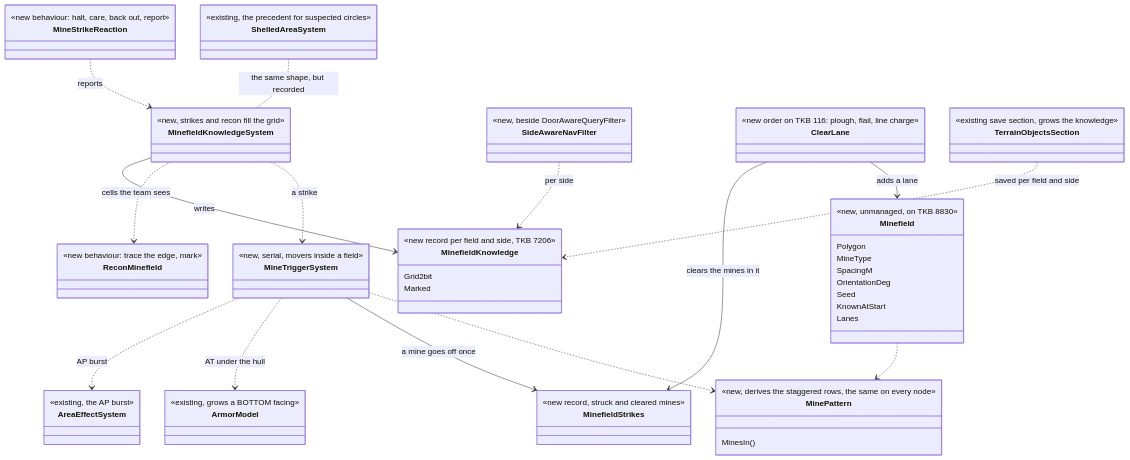
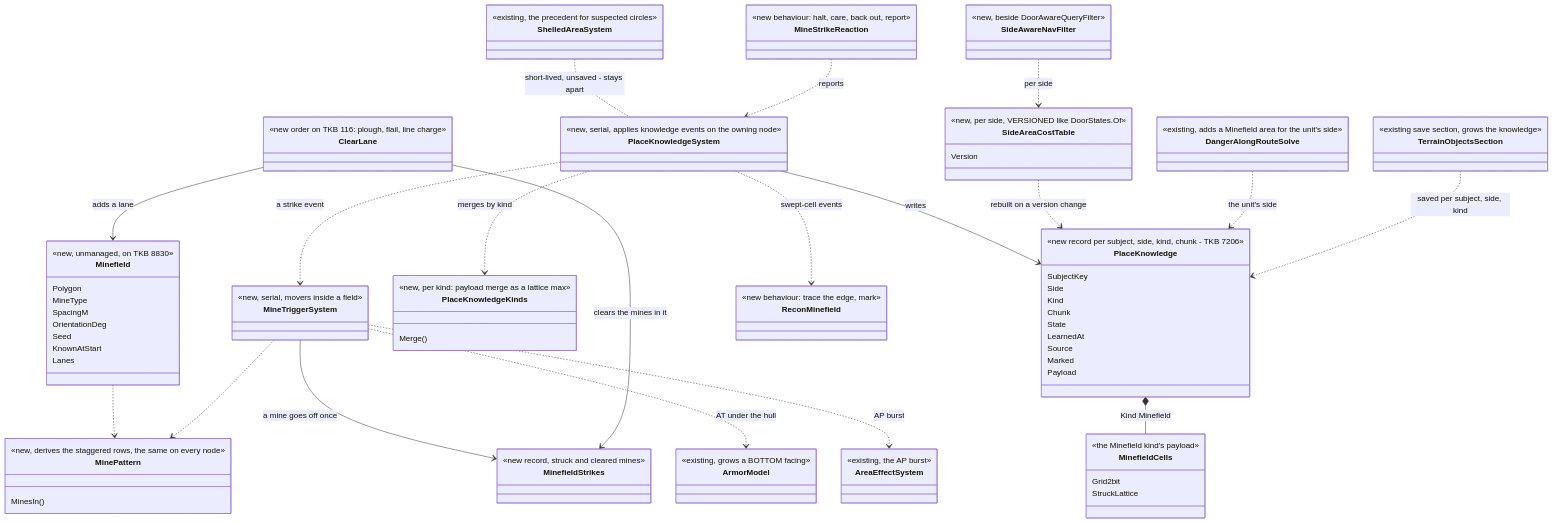
One commit to pjanec/HROT changed the first of 3 diagrams in docs/designs/minefields/DESIGN_Minefields.md. Above: the diagram before and after it, drawn with Mermaid. The commit also changed other lines of this file and 1 other file, not shown here.

Commit message:
docs(minefields): fold the PlaceKnowledge generalization (MF-17, R-4273); review §10 pending
Claude-Session: https://claude.ai/code/session_017kP9xrAhkaPRHDHt5E1VHZ

````diff
--- a/docs/designs/minefields/DESIGN_Minefields.md
+++ b/docs/designs/minefields/DESIGN_Minefields.md
@@ -100,10 +104,33 @@
   class MinefieldStrikes {
     <<new record, struck and cleared mines>>
   }
-  class MinefieldKnowledge {
-    <<new record per field and side, TKB 7206>>
+  class PlaceKnowledge {
+    <<new record per subject, side, kind, chunk - TKB 7206>>
+    SubjectKey
+    Side
+    Kind
+    Chunk
+    State
+    LearnedAt
+    Source
+    Marked
+    Payload
+  }
+  class MinefieldCells {
+    <<the Minefield kind's payload>>
     Grid2bit
-    Marked
+    StruckLattice
+  }
+  class PlaceKnowledgeKinds {
+    <<new, per kind: payload merge as a lattice max>>
+    Merge()
+  }
+  class SideAreaCostTable {
+    <<new, per side, VERSIONED like DoorStates.Of>>
+    Version
+  }
+  class DangerAlongRouteSolve {
+    <<existing, adds a Minefield area for the unit's side>>
   }
   class MineTriggerSystem {
     <<new, serial, movers inside a field>>
@@ -117,8 +144,8 @@
   class ShelledAreaSystem {
     <<existing, the precedent for suspected circles>>
   }
-  class MinefieldKnowledgeSystem {
-    <<new, strikes and recon fill the grid>>
+  class PlaceKnowledgeSystem {
+    <<new, serial, applies knowledge events on the owning node>>
   }
   class SideAwareNavFilter {
     <<new, beside DoorAwareQueryFilter>>
@@ -140,13 +167,17 @@
   MineTriggerSystem --> MinefieldStrikes : a mine goes off once
   MineTriggerSystem ..> ArmorModel : AT under the hull
   MineTriggerSystem ..> AreaEffectSystem : AP burst
-  MinefieldKnowledgeSystem ..> MineTriggerSystem : a strike
-  MinefieldKnowledgeSystem ..> ReconMinefield : cells the team sees
-  MinefieldKnowledgeSystem --> MinefieldKnowledge : writes
-  ShelledAreaSystem .. MinefieldKnowledgeSystem : the same shape, but recorded
-  SideAwareNavFilter ..> MinefieldKnowledge : per side
+  PlaceKnowledgeSystem ..> MineTriggerSystem : a strike event
+  PlaceKnowledgeSystem ..> ReconMinefield : swept-cell events
+  PlaceKnowledgeSystem --> PlaceKnowledge : writes
+  PlaceKnowledgeSystem ..> PlaceKnowledgeKinds : merges by kind
+  PlaceKnowledge *-- MinefieldCells : Kind Minefield
+  ShelledAreaSystem .. PlaceKnowledgeSystem : short-lived, unsaved - stays apart
+  SideAreaCostTable ..> PlaceKnowledge : rebuilt on a version change
+  SideAwareNavFilter ..> SideAreaCostTable : per side
+  DangerAlongRouteSolve ..> PlaceKnowledge : the unit's side
   ClearLane --> Minefield : adds a lane
   ClearLane --> MinefieldStrikes : clears the mines in it
-  TerrainObjectsSection ..> MinefieldKnowledge : saved per field and side
-  MineStrikeReaction ..> MinefieldKnowledgeSystem : reports
+  TerrainObjectsSection ..> PlaceKnowledge : saved per subject, side, kind
+  MineStrikeReaction ..> PlaceKnowledgeSystem : reports
 ```
````
